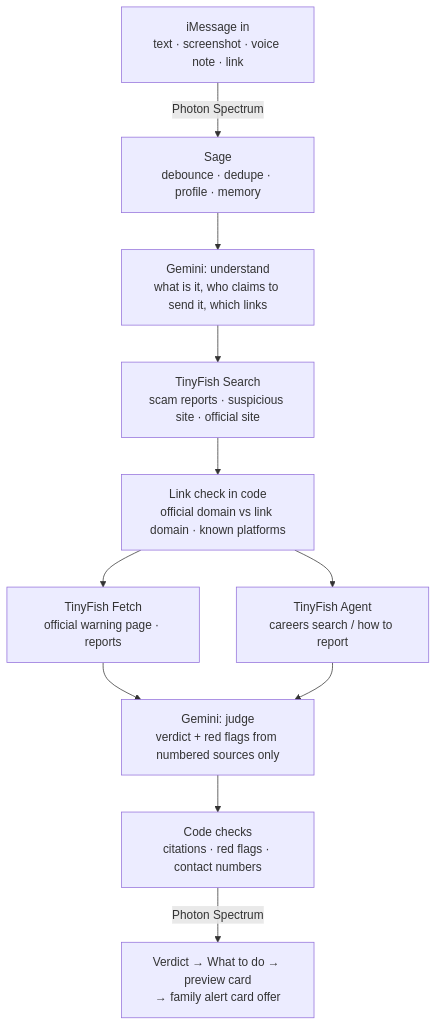
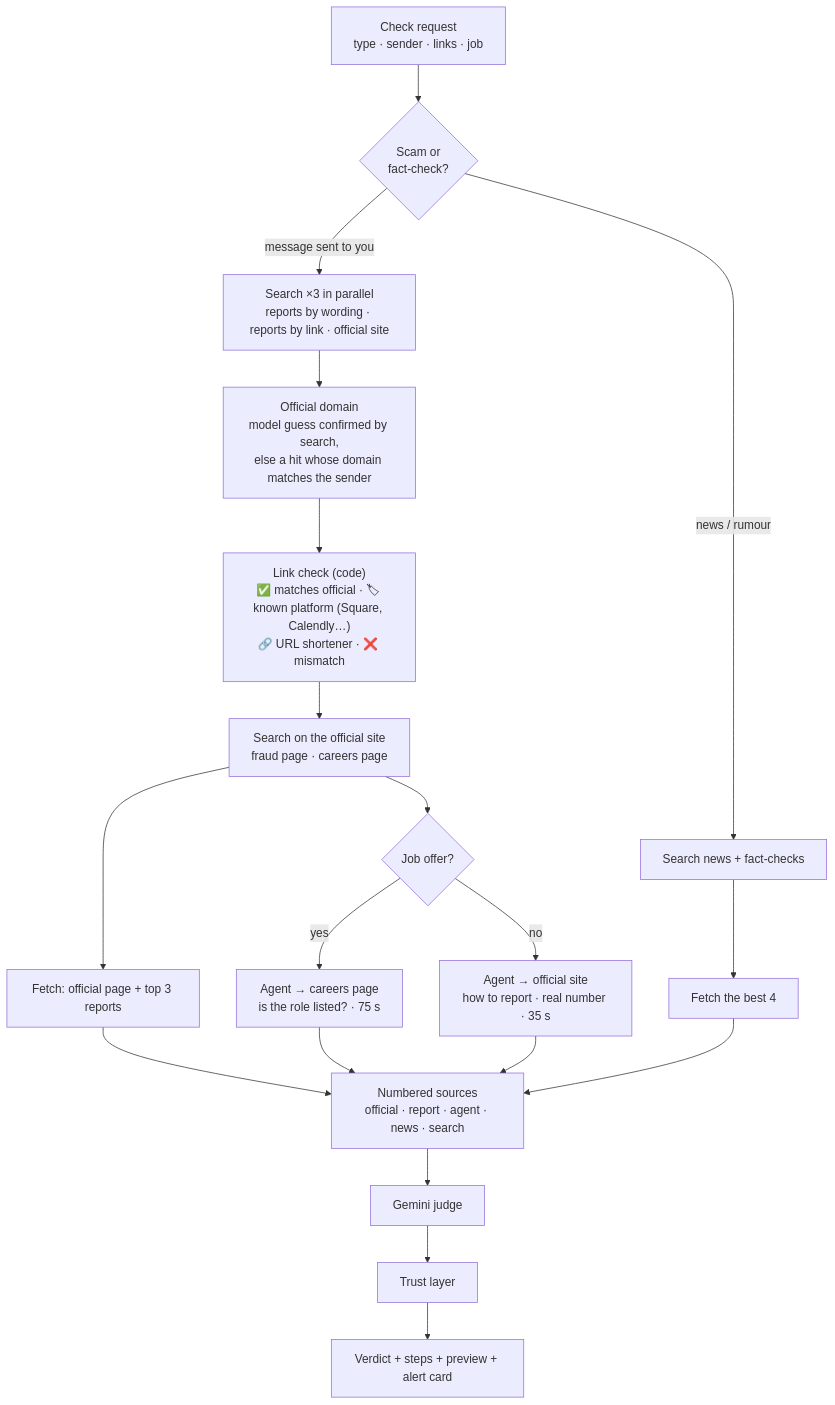
The third of 6 diagrams in README.md (VivekSalwan2000/sage), drawn with Mermaid before and after one commit. The commit also changed other lines of this file and 1 other file, not shown here.

First line of the commit message:
docs: product-grade README with system design diagrams and interactive explorer

````diff
--- a/README.md
+++ b/README.md
@@ -77,13 +255,21 @@
 ```mermaid
 flowchart TD
-  A[iMessage in<br/>text · screenshot · voice note · link] -->|Photon Spectrum| B[Sage<br/>debounce · dedupe · profile · memory]
-  B --> C[Gemini: understand<br/>what is it, who claims to send it, which links]
-  C --> D[TinyFish Search<br/>scam reports · suspicious site · official site]
-  D --> E[Link check in code<br/>official domain vs link domain · known platforms]
-  E --> F[TinyFish Fetch<br/>official warning page · reports]
-  E --> G[TinyFish Agent<br/>careers search / how to report]
-  F --> H[Gemini: judge<br/>verdict + red flags from numbered sources only]
-  G --> H
-  H --> I[Code checks<br/>citations · red flags · contact numbers]
-  I -->|Photon Spectrum| J[Verdict → What to do → preview card<br/>→ family alert card offer]
+  A["Check request<br/>type · sender · links · job"] --> B{"Scam or<br/>fact-check?"}
+
+  B -- "message sent to you" --> C["Search ×3 in parallel<br/>reports by wording · reports by link · official site"]
+  C --> D["Official domain<br/>model guess confirmed by search,<br/>else a hit whose domain matches the sender"]
+  D --> E["Link check (code)<br/>✅ matches official · 🏷 known platform (Square, Calendly…)<br/>🔗 URL shortener · ❌ mismatch"]
+  E --> F["Search on the official site<br/>fraud page · careers page"]
+  F --> G["Fetch: official page + top 3 reports"]
+  F --> H{"Job offer?"}
+  H -- yes --> I["Agent → careers page<br/>is the role listed? · 75 s"]
+  H -- no --> J["Agent → official site<br/>how to report · real number · 35 s"]
+
+  B -- "news / rumour" --> K["Search news + fact-checks"]
+  K --> L["Fetch the best 4"]
+
+  G & I & J & L --> M["Numbered sources<br/>official · report · agent · news · search"]
+  M --> N["Gemini judge"]
+  N --> O["Trust layer"]
+  O --> P["Verdict + steps + preview + alert card"]
 ```
````
